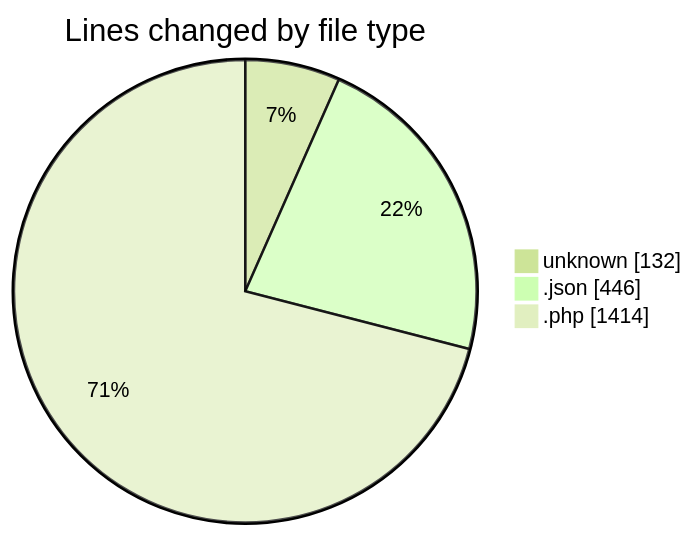
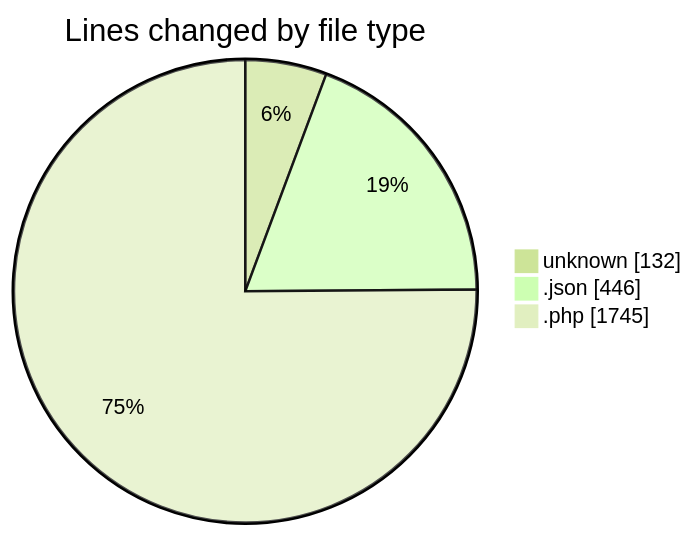
The first of 2 diagrams in 2025-03-26/autodidak/README.md (idhammustaqopulfikri/code-tracking), drawn with Mermaid (forest theme) before and after one commit. The commit also changed other lines of this file and 1 other file, not shown here.

````diff
--- a/2025-03-26/autodidak/README.md
+++ b/2025-03-26/autodidak/README.md
@@ -26,7 +26,7 @@
 ```mermaid
 pie showData
 title Lines changed by file type
 "unknown" : 132
 ".json" : 446
-".php" : 1414
+".php" : 1745
 ```
````
